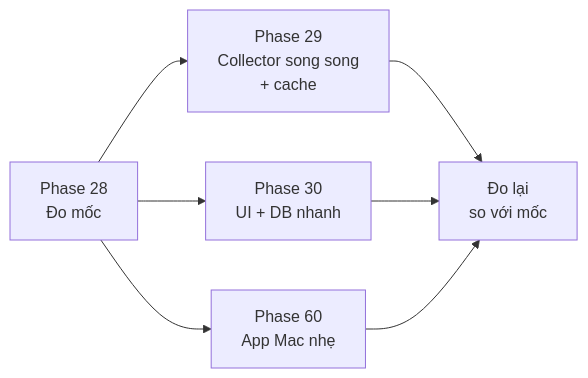
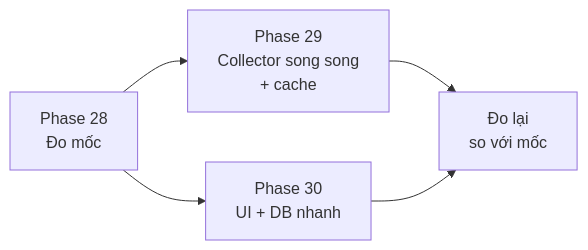
Before and after one commit to nvminhtu/niche-radar-docs: the diagram in docs/web/version-5.md, drawn with Mermaid. The commit also changed other lines of this file and 39 other files, not shown here.

Commit message:
docs: sync — trang Web bỏ phần app Mac, App làm khi xong Version 9

````diff
--- a/docs/web/version-5.md
+++ b/docs/web/version-5.md
@@ -22,7 +21,6 @@
 ```mermaid
 flowchart LR
   B[Phase 28<br/>Đo mốc] --> C[Phase 29<br/>Collector song song<br/>+ cache]
   B --> U[Phase 30<br/>UI + DB nhanh]
-  B --> A[Phase 60<br/>App Mac nhẹ]
-  C & U & A --> R[Đo lại<br/>so với mốc]
+  C & U --> R[Đo lại<br/>so với mốc]
 ```
````
